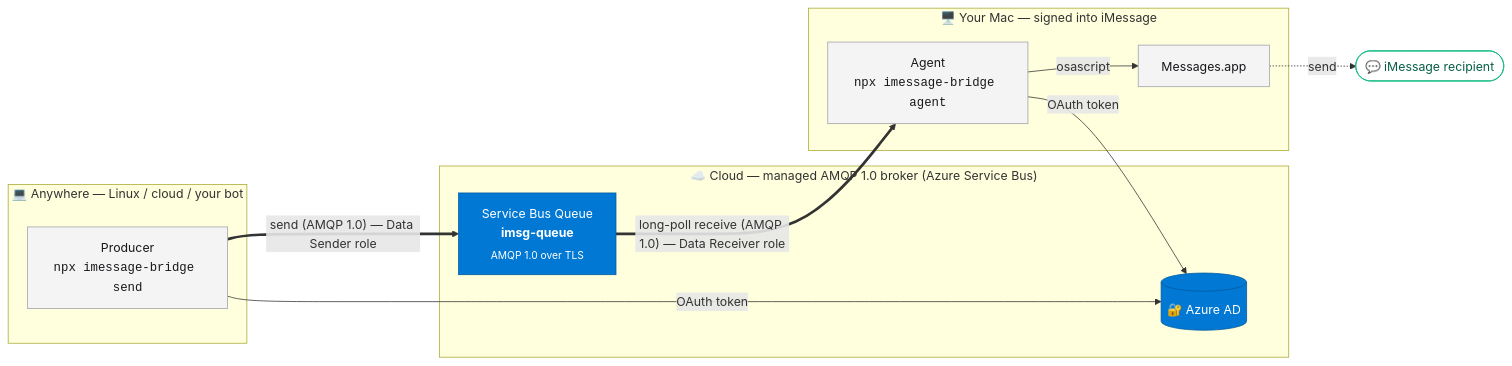
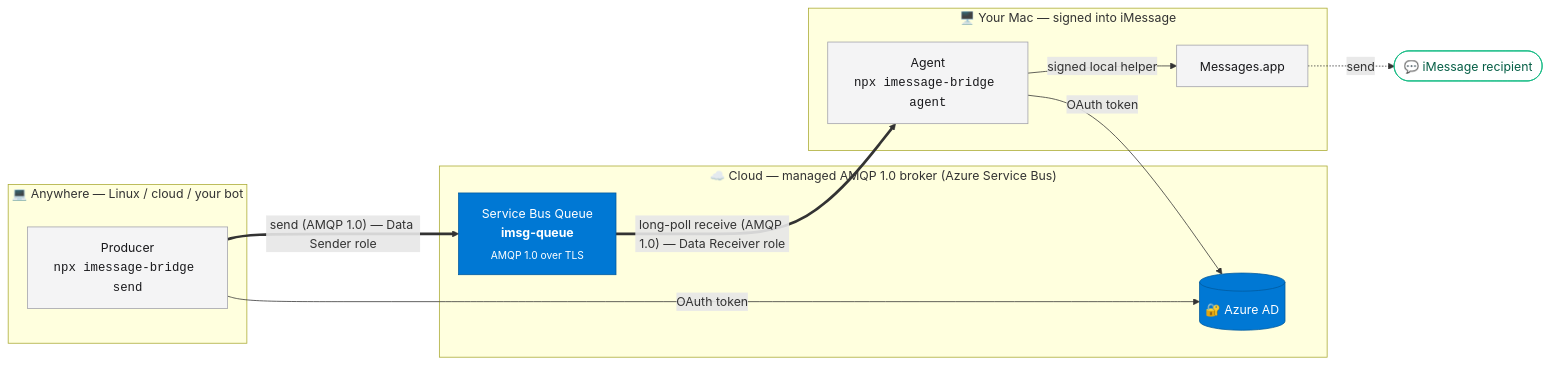
One commit to paulyuk/imessage-bridge changed the first of 2 diagrams in README.md. Above: the diagram before and after it, drawn with Mermaid. The commit also changed other lines of this file and 9 other files, not shown here.

````diff
--- a/README.md
+++ b/README.md
@@ -198,32 +215,32 @@
 ```mermaid
 flowchart LR
     subgraph anywhere["💻 Anywhere — Linux / cloud / your bot"]
         P["Producer<br/><code>npx imessage-bridge send</code>"]
     end
 
     subgraph azure["☁️ Cloud — managed AMQP 1.0 broker (Azure Service Bus)"]
         AAD[("🔐 Azure AD")]
         SB["Service Bus Queue<br/><b>imsg-queue</b><br/><sub>AMQP 1.0 over TLS</sub>"]
     end
 
     subgraph mac["🖥️ Your Mac — signed into iMessage"]
         A["Agent<br/><code>npx imessage-bridge agent</code>"]
         M["Messages.app"]
     end
 
     iMsg(["💬 iMessage recipient"])
 
     P -- "OAuth token" --> AAD
     A -- "OAuth token" --> AAD
     P == "send (AMQP 1.0) — Data Sender role" ==> SB
     SB == "long-poll receive (AMQP 1.0) — Data Receiver role" ==> A
-    A -- "osascript" --> M
+    A -- "signed local helper" --> M
     M -. "send" .-> iMsg
 
     classDef az fill:#0078d4,stroke:#005a9e,color:#fff
     classDef host fill:#f4f4f5,stroke:#a1a1aa,color:#18181b
     classDef ext fill:#fff,stroke:#10b981,color:#065f46
     class SB,AAD az
     class P,A,M host
     class iMsg ext
 ```
````
